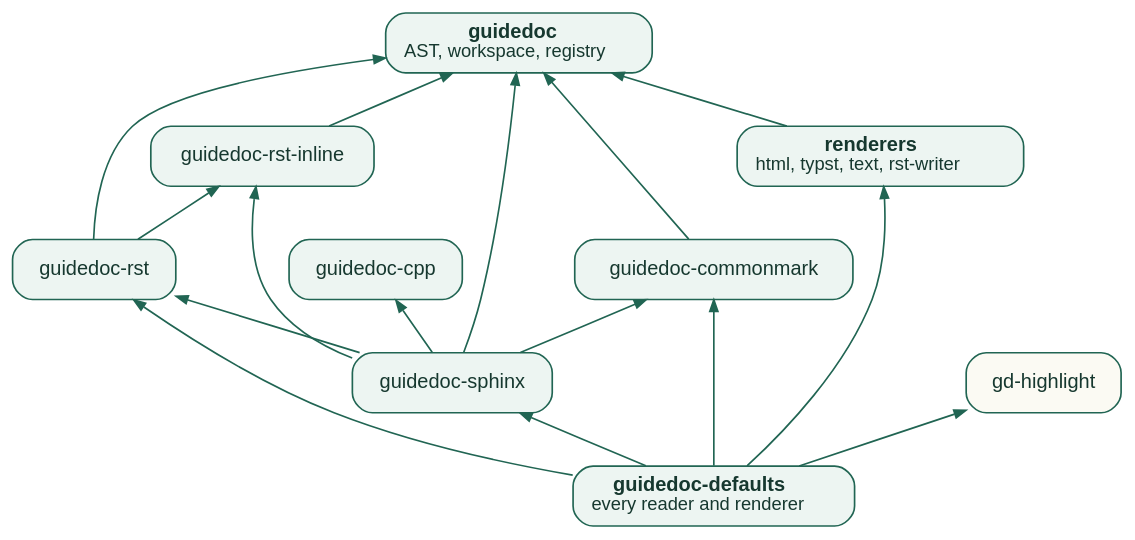
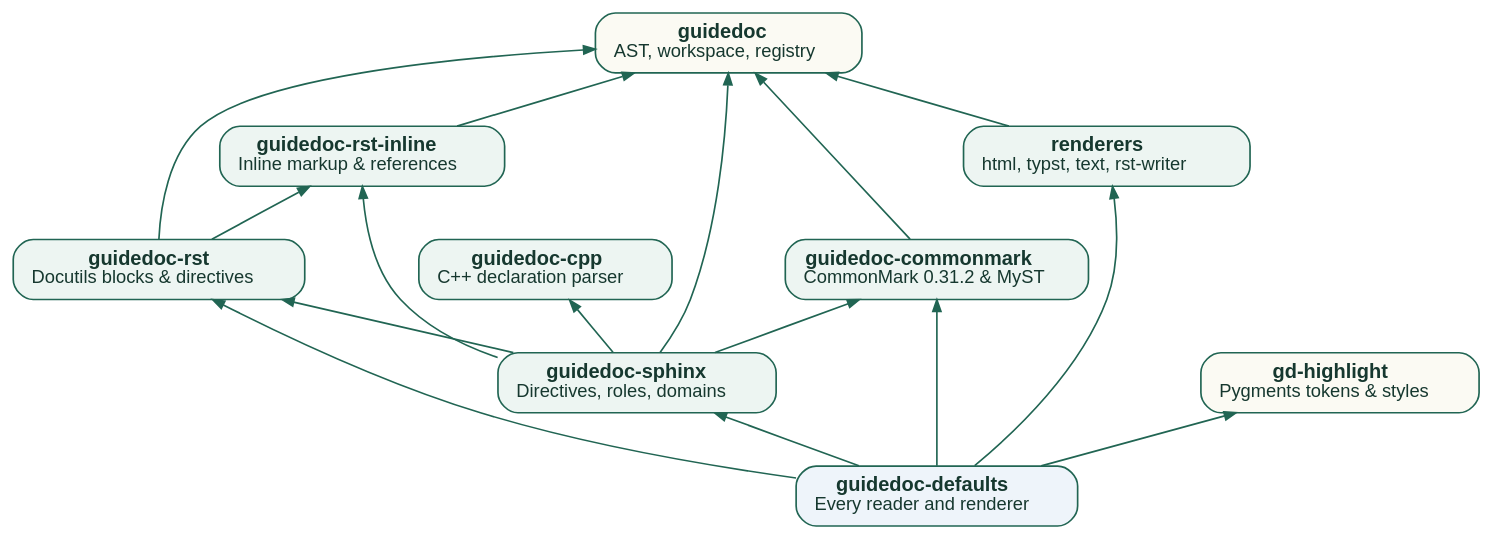
The first of 2 diagrams in docs/manual/internals/crates.rst (insanai/guidedog), drawn with Graphviz before and after one commit. The commit also changed other lines of this file and 7 other files, not shown here.

```diff
--- a/docs/manual/internals/crates.rst
+++ b/docs/manual/internals/crates.rst
@@ -74,26 +74,26 @@
 .. graphviz::
    :class: graphviz-adaptive
    :caption: The engine crates and what each one needs.
    :alt: Every reader and renderer needs guidedoc. guidedoc-rst also needs guidedoc-rst-inline. guidedoc-sphinx needs the rst, inline, CommonMark and C++ crates. guidedoc-defaults joins all readers and renderers with gd-highlight.
 
    digraph engine {
      graph [rankdir=BT, bgcolor="transparent", pad="0.3", nodesep="0.3", ranksep="0.45"];
      node [shape=box, style="rounded,filled", fillcolor="#edf5f2",
            color="#216553", fontname="Helvetica", fontcolor="#16382f", fontsize=12, margin="0.15,0.08"];
      edge [color="#216553", arrowsize=0.7];
 
-     defaults [label=<<B>guidedoc-defaults</B><BR/><FONT POINT-SIZE="11">every reader and renderer</FONT>>];
-     sphinx [label="guidedoc-sphinx"];
-     rst [label="guidedoc-rst"];
-     inline [label="guidedoc-rst-inline"];
-     commonmark [label="guidedoc-commonmark"];
-     cpp [label="guidedoc-cpp"];
+     defaults [class="gd-output", fillcolor="#eef4fa", label=<<B>guidedoc-defaults</B><BR/><FONT POINT-SIZE="11">Every reader and renderer</FONT>>];
+     sphinx [label=<<B>guidedoc-sphinx</B><BR/><FONT POINT-SIZE="11">Directives, roles, domains</FONT>>];
+     rst [label=<<B>guidedoc-rst</B><BR/><FONT POINT-SIZE="11">Docutils blocks &amp; directives</FONT>>];
+     inline [label=<<B>guidedoc-rst-inline</B><BR/><FONT POINT-SIZE="11">Inline markup &amp; references</FONT>>];
+     commonmark [label=<<B>guidedoc-commonmark</B><BR/><FONT POINT-SIZE="11">CommonMark 0.31.2 &amp; MyST</FONT>>];
+     cpp [label=<<B>guidedoc-cpp</B><BR/><FONT POINT-SIZE="11">C++ declaration parser</FONT>>];
      renderers [label=<<B>renderers</B><BR/><FONT POINT-SIZE="11">html, typst, text, rst-writer</FONT>>];
-     highlight [class="gd-input", label="gd-highlight", fillcolor="#fbfaf3"];
-     guidedoc [label=<<B>guidedoc</B><BR/><FONT POINT-SIZE="11">AST, workspace, registry</FONT>>];
+     highlight [class="gd-input", fillcolor="#fbfaf3", label=<<B>gd-highlight</B><BR/><FONT POINT-SIZE="11">Pygments tokens &amp; styles</FONT>>];
+     guidedoc [class="gd-input", fillcolor="#fbfaf3", label=<<B>guidedoc</B><BR/><FONT POINT-SIZE="11">AST, workspace, registry</FONT>>];
 
      defaults -> {sphinx rst commonmark renderers highlight};
      sphinx -> {rst inline commonmark cpp};
      rst -> inline;
      {sphinx rst inline commonmark renderers} -> guidedoc;
    }
```
